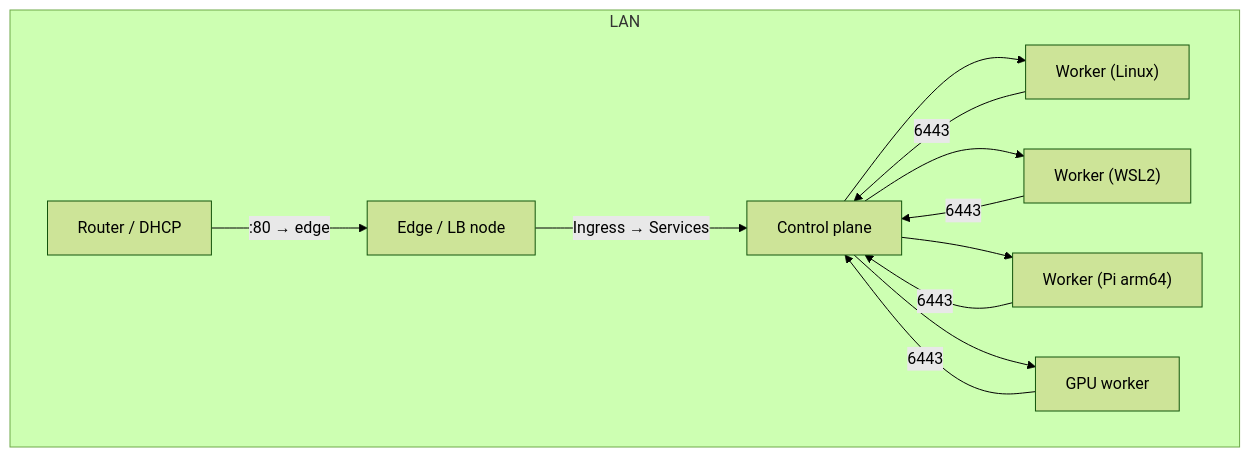
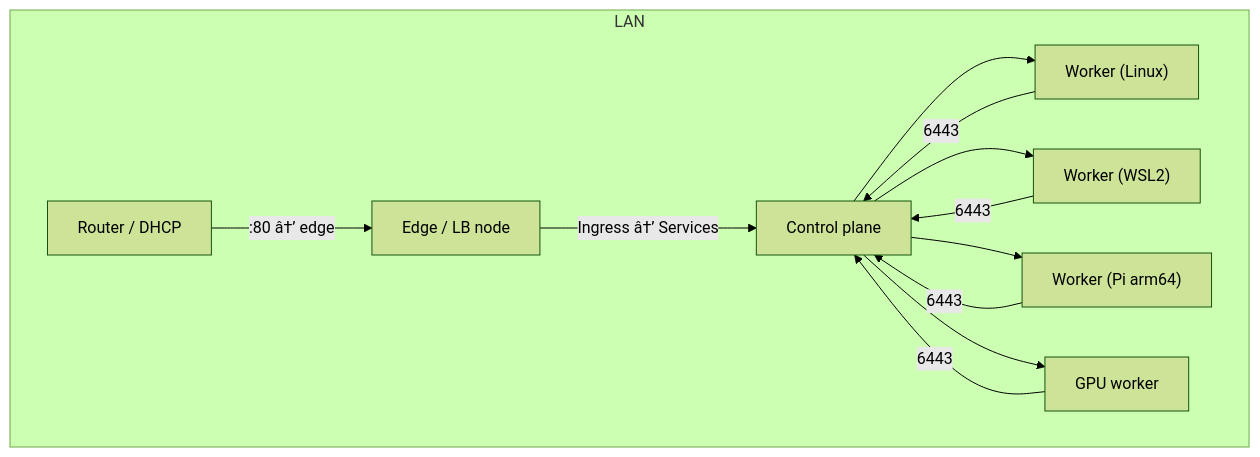
The diagram in README.md (cap-jmk-launchpad/homelab-k3s), drawn with Mermaid (forest theme) before and after one commit. The commit also changed other lines of this file and 7 other files, not shown here.

````diff
--- a/README.md
+++ b/README.md
@@ -11,23 +11,23 @@
 ```mermaid
 flowchart TB
   subgraph lan [LAN]
     R[Router / DHCP]
     CP["Control plane<br/><control-plane-host>"]
     W1["Worker (Linux)<br/><node-name>"]
     W2["Worker (WSL2)<br/><node-name>"]
     W3["Worker (Pi arm64)<br/><node-name>"]
     GPU["GPU worker<br/><node-name>"]
     EDGE["Edge / LB node<br/><edge-host>"]
   end
 
-  R -->|":80 → edge"| EDGE
-  EDGE -->|"Ingress → Services"| CP
+  R -->|":80 â†’ edge"| EDGE
+  EDGE -->|"Ingress â†’ Services"| CP
   W1 -->|6443| CP
   W2 -->|6443| CP
   W3 -->|6443| CP
   GPU -->|6443| CP
   CP --> W1
   CP --> W2
   CP --> W3
   CP --> GPU
 ```
````
